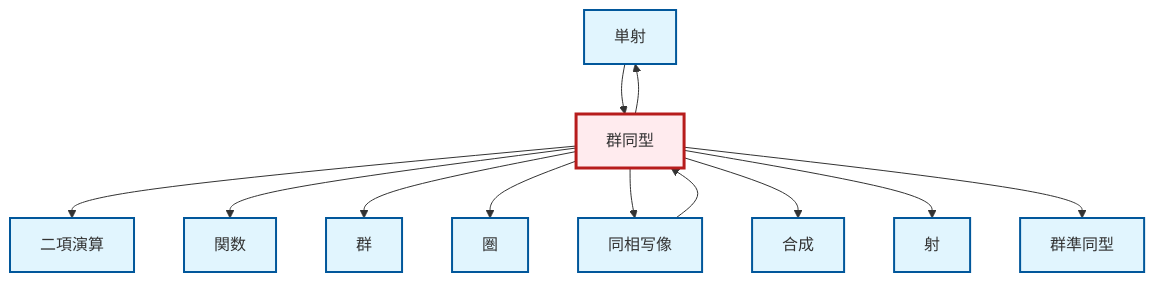
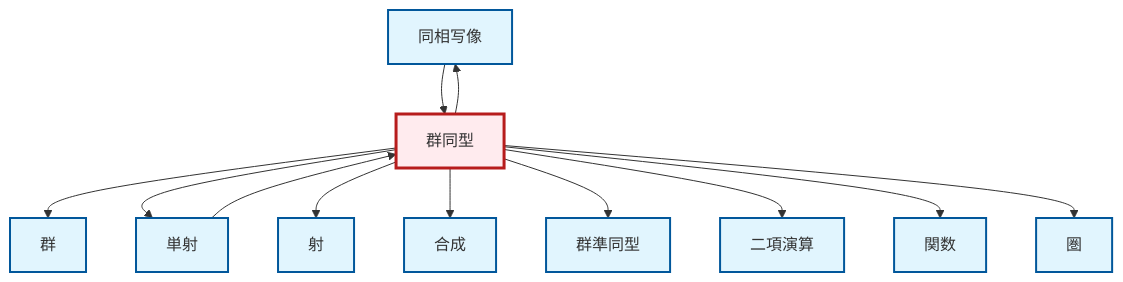
The diagram in output/mermaid/ja/def-isomorphism.mermaid (RK0429/ModernMath), drawn with Mermaid before and after one commit. The commit also changed other lines of this file and 1700 other files, not shown here.

```diff
--- a/output/mermaid/ja/def-isomorphism.mermaid
+++ b/output/mermaid/ja/def-isomorphism.mermaid
@@ -1,28 +1,28 @@
 graph TD
     classDef definition fill:#e1f5fe,stroke:#01579b,stroke-width:2px
     classDef theorem fill:#f3e5f5,stroke:#4a148c,stroke-width:2px
     classDef axiom fill:#fff3e0,stroke:#e65100,stroke-width:2px
     classDef example fill:#e8f5e9,stroke:#1b5e20,stroke-width:2px
     classDef current fill:#ffebee,stroke:#b71c1c,stroke-width:3px
+    def-homeomorphism["同相写像"]:::definition
     def-category["圏"]:::definition
-    def-binary-operation["二項演算"]:::definition
+    def-composition["合成"]:::definition
+    def-isomorphism["群同型"]:::definition
+    def-function["関数"]:::definition
+    def-group["群"]:::definition
+    def-monomorphism["単射"]:::definition
     def-morphism["射"]:::definition
     def-homomorphism["群準同型"]:::definition
-    def-monomorphism["単射"]:::definition
-    def-group["群"]:::definition
-    def-function["関数"]:::definition
-    def-composition["合成"]:::definition
-    def-isomorphism["群同型"]:::definition
-    def-homeomorphism["同相写像"]:::definition
+    def-binary-operation["二項演算"]:::definition
+    def-isomorphism --> def-homeomorphism
+    def-monomorphism --> def-isomorphism
+    def-isomorphism --> def-group
+    def-homeomorphism --> def-isomorphism
+    def-isomorphism --> def-monomorphism
+    def-isomorphism --> def-morphism
+    def-isomorphism --> def-composition
+    def-isomorphism --> def-homomorphism
     def-isomorphism --> def-binary-operation
-    def-isomorphism --> def-monomorphism
     def-isomorphism --> def-function
-    def-isomorphism --> def-group
     def-isomorphism --> def-category
-    def-isomorphism --> def-homeomorphism
-    def-homeomorphism --> def-isomorphism
-    def-isomorphism --> def-composition
-    def-monomorphism --> def-isomorphism
-    def-isomorphism --> def-morphism
-    def-isomorphism --> def-homomorphism
     class def-isomorphism current
```
